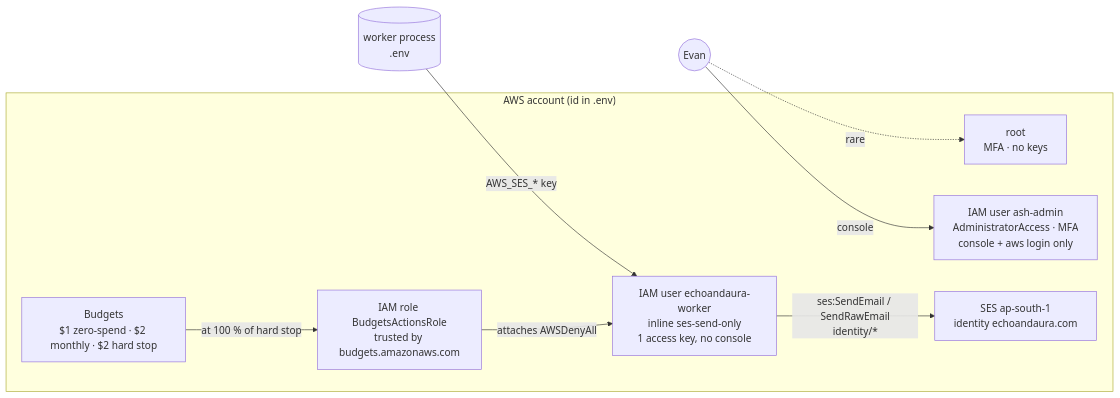
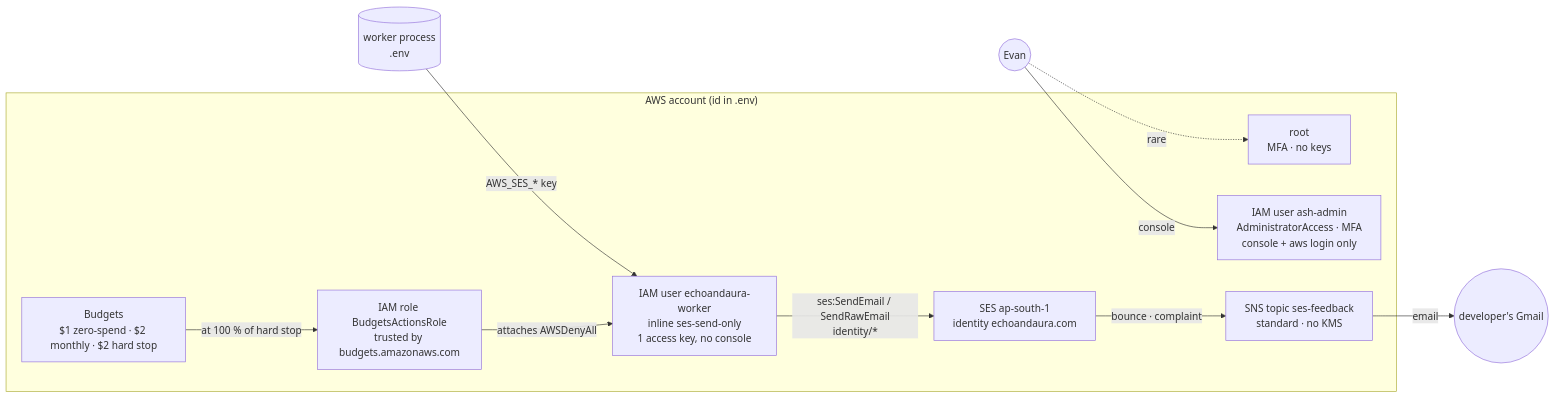
The first of 2 diagrams in docs/infra/AWS.md (Ashfak-Hossain/EchoAndAura), drawn with Mermaid before and after one commit. The commit also changed other lines of this file and 3 other files, not shown here.

First line of the commit message:
feat(infra): SES bounce/complaint notifications via SNS; VDM and Auto Validation off (ADR-039)

````diff
--- a/docs/infra/AWS.md
+++ b/docs/infra/AWS.md
@@ -37,17 +38,20 @@
 ```mermaid
 flowchart LR
   subgraph account["AWS account (id in .env)"]
     root["root\nMFA · no keys"]
     admin["IAM user ash-admin\nAdministratorAccess · MFA\nconsole + aws login only"]
     worker["IAM user echoandaura-worker\ninline ses-send-only\n1 access key, no console"]
     role["IAM role BudgetsActionsRole\ntrusted by budgets.amazonaws.com"]
     ses["SES ap-south-1\nidentity echoandaura.com"]
     budgets["Budgets\n$1 zero-spend · $2 monthly · $2 hard stop"]
+    sns["SNS topic ses-feedback\nstandard · no KMS"]
   end
   evan((Evan)) -->|console| admin
   evan -.->|rare| root
   app[(worker process\n.env)] -->|AWS_SES_* key| worker
   worker -->|ses:SendEmail / SendRawEmail\nidentity/*| ses
   budgets -->|at 100 % of hard stop| role
   role -->|attaches AWSDenyAll| worker
+  ses -->|bounce · complaint| sns
+  sns -->|email| dev((developer's Gmail))
 ```
````
